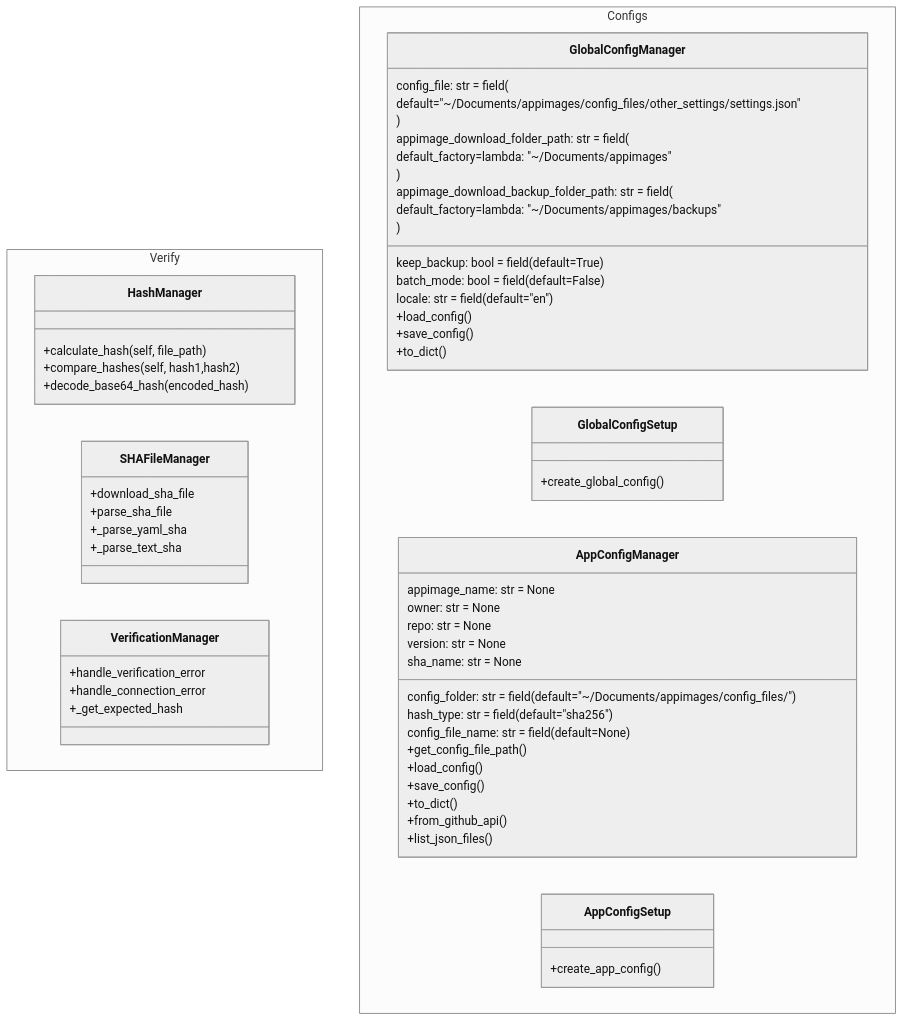
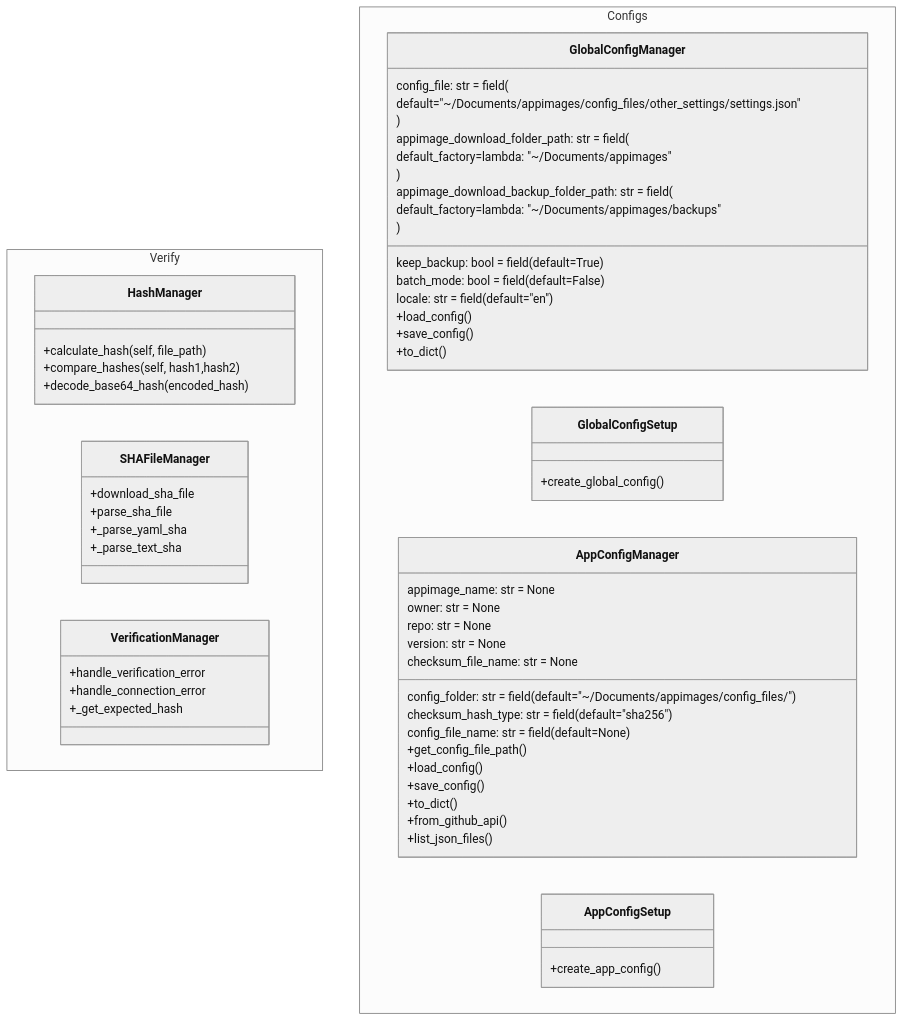
The diagram in docs/other_classes.md (Cyber-Syntax/my-unicorn), drawn with Mermaid (neutral theme) before and after one commit. The commit also changed 51 other files, not shown here.

````diff
--- a/docs/other_classes.md
+++ b/docs/other_classes.md
@@ -1,65 +1,65 @@
 ```mermaid
 classDiagram
 namespace Verify {
 	class HashManager {
 		+calculate_hash(self, file_path)
 		+compare_hashes(self, hash1,hash2)
 		+decode_base64_hash(encoded_hash)
 	}
 	class SHAFileManager {
 		+download_sha_file
 		+parse_sha_file
 		+_parse_yaml_sha
 		+_parse_text_sha	
 	}
 	class VerificationManager {
 		+handle_verification_error
 		+handle_connection_error
 		+_get_expected_hash
 	}
 }
 namespace Configs {
     class GlobalConfigManager {
 		config_file: str = field(
 	        default="~/Documents/appimages/config_files/other_settings/settings.json"
 	    )
 	    appimage_download_folder_path: str = field(
 	        default_factory=lambda: "~/Documents/appimages"
 	    )
 	    appimage_download_backup_folder_path: str = field(
 	        default_factory=lambda: "~/Documents/appimages/backups"
 	    )
 	    keep_backup: bool = field(default=True)
 	    batch_mode: bool = field(default=False)
 	    locale: str = field(default="en")  
 
 		+load_config()
 		+save_config()
 		+to_dict()
     }
 	class GlobalConfigSetup {
 			+create_global_config()
     }
 	class AppConfigManager {
 	    appimage_name: str = None
 	    config_folder: str = field(default="~/Documents/appimages/config_files/")
 	    owner: str = None
 	    repo: str = None
 	    version: str = None
-	    sha_name: str = None
-	    hash_type: str = field(default="sha256")
+	    checksum_file_name: str = None
+	    checksum_hash_type: str = field(default="sha256")
 	    config_file_name: str = field(default=None)
 
 		+get_config_file_path()
 		+load_config()
 		+save_config()
 		+to_dict()
 		+from_github_api()
 		+list_json_files()
     }
 	class AppConfigSetup {
 			+create_app_config()
     }
 }
 
 ```
````
